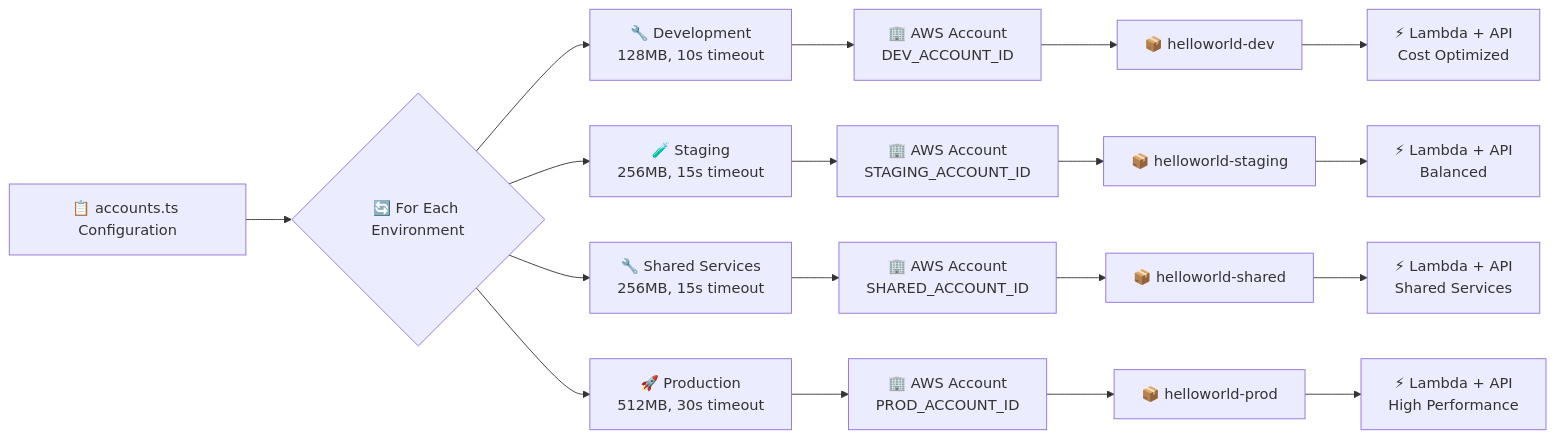
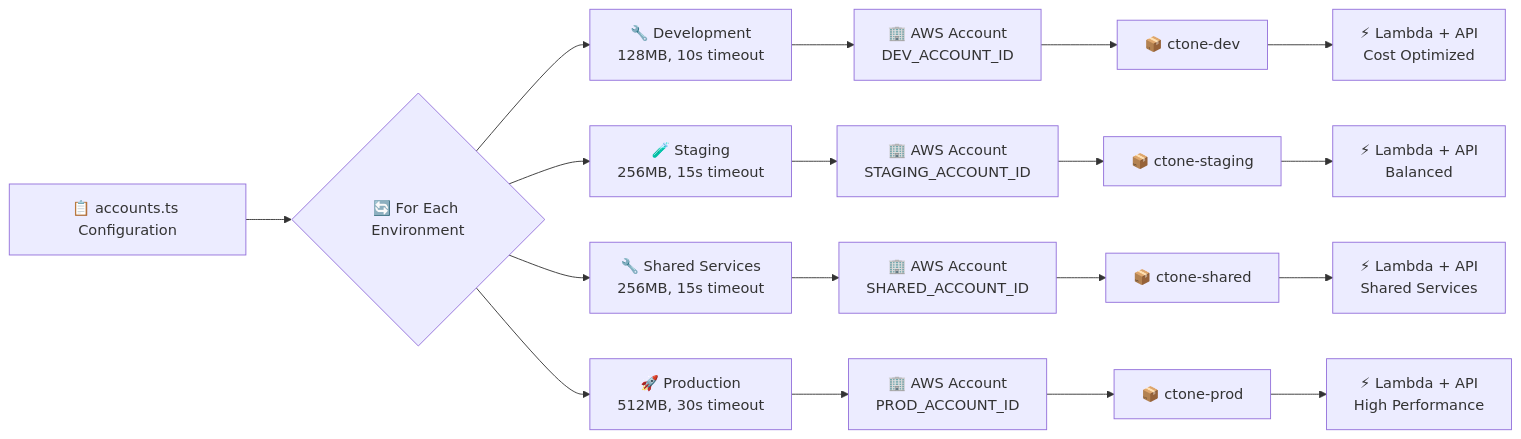
One commit to robertrahardja/gctone changed the third of 17 diagrams in docs/automated/APP_FLOW.md. Above: the diagram before and after it, drawn with Mermaid. The commit also changed other lines of this file and 33 other files, not shown here.

````diff
--- a/docs/automated/APP_FLOW.md
+++ b/docs/automated/APP_FLOW.md
@@ -95,24 +95,24 @@
 ```mermaid
 graph LR
     Config["📋 accounts.ts Configuration"] --> Loop{"🔄 For Each Environment"}
 
     Loop --> Dev["🔧 Development<br/>128MB, 10s timeout"]
     Loop --> Staging["🧪 Staging<br/>256MB, 15s timeout"]
     Loop --> Shared["🔧 Shared Services<br/>256MB, 15s timeout"]
     Loop --> Prod["🚀 Production<br/>512MB, 30s timeout"]
 
     Dev --> DevAccount["🏢 AWS Account<br/>DEV_ACCOUNT_ID"]
     Staging --> StagingAccount["🏢 AWS Account<br/>STAGING_ACCOUNT_ID"]
     Shared --> SharedAccount["🏢 AWS Account<br/>SHARED_ACCOUNT_ID"]
     Prod --> ProdAccount["🏢 AWS Account<br/>PROD_ACCOUNT_ID"]
 
-    DevAccount --> DevStack["📦 helloworld-dev"]
-    StagingAccount --> StagingStack["📦 helloworld-staging"]
-    SharedAccount --> SharedStack["📦 helloworld-shared"]
-    ProdAccount --> ProdStack["📦 helloworld-prod"]
+    DevAccount --> DevStack["📦 ctone-dev"]
+    StagingAccount --> StagingStack["📦 ctone-staging"]
+    SharedAccount --> SharedStack["📦 ctone-shared"]
+    ProdAccount --> ProdStack["📦 ctone-prod"]
 
     DevStack --> DevResources["⚡ Lambda + API<br/>Cost Optimized"]
     StagingStack --> StagingResources["⚡ Lambda + API<br/>Balanced"]
     SharedStack --> SharedResources["⚡ Lambda + API<br/>Shared Services"]
     ProdStack --> ProdResources["⚡ Lambda + API<br/>High Performance"]
 ```
````
